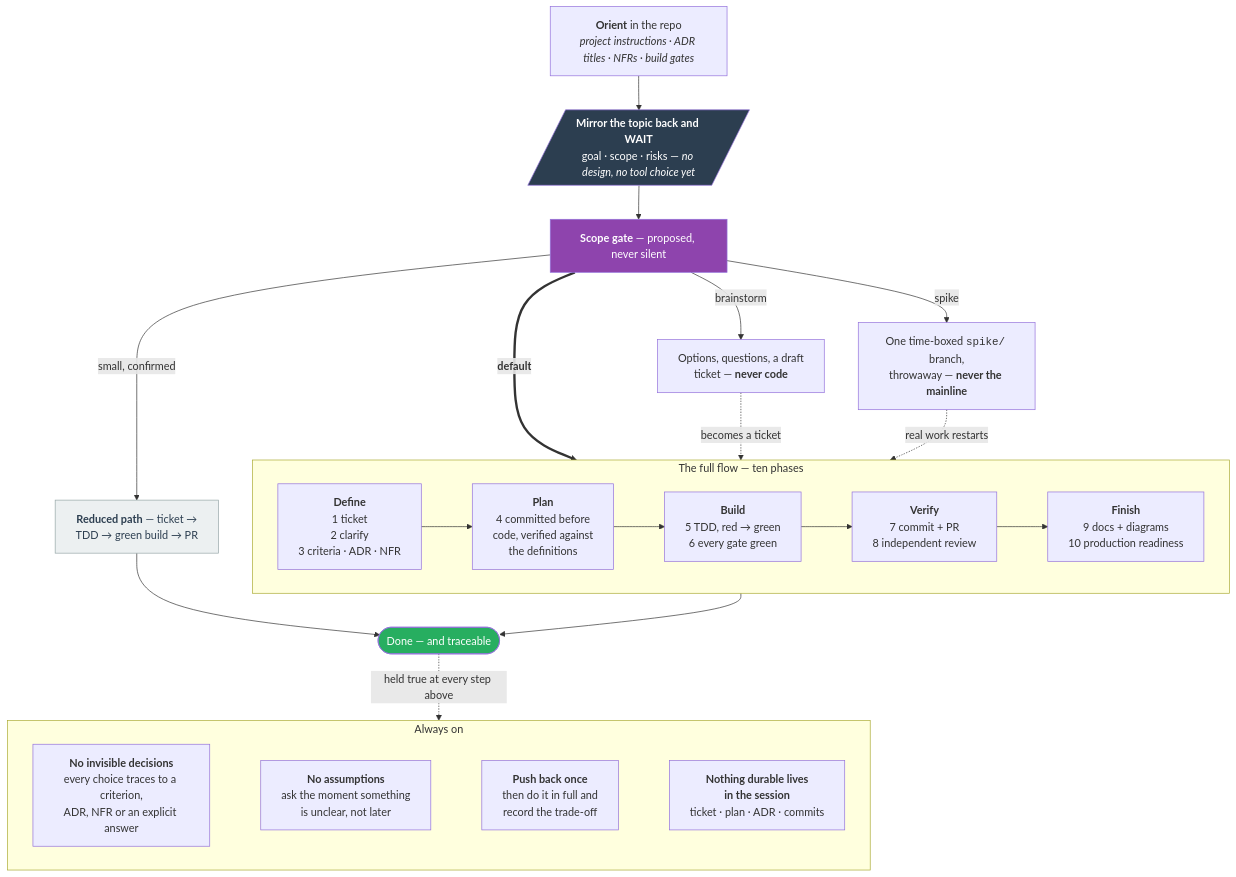
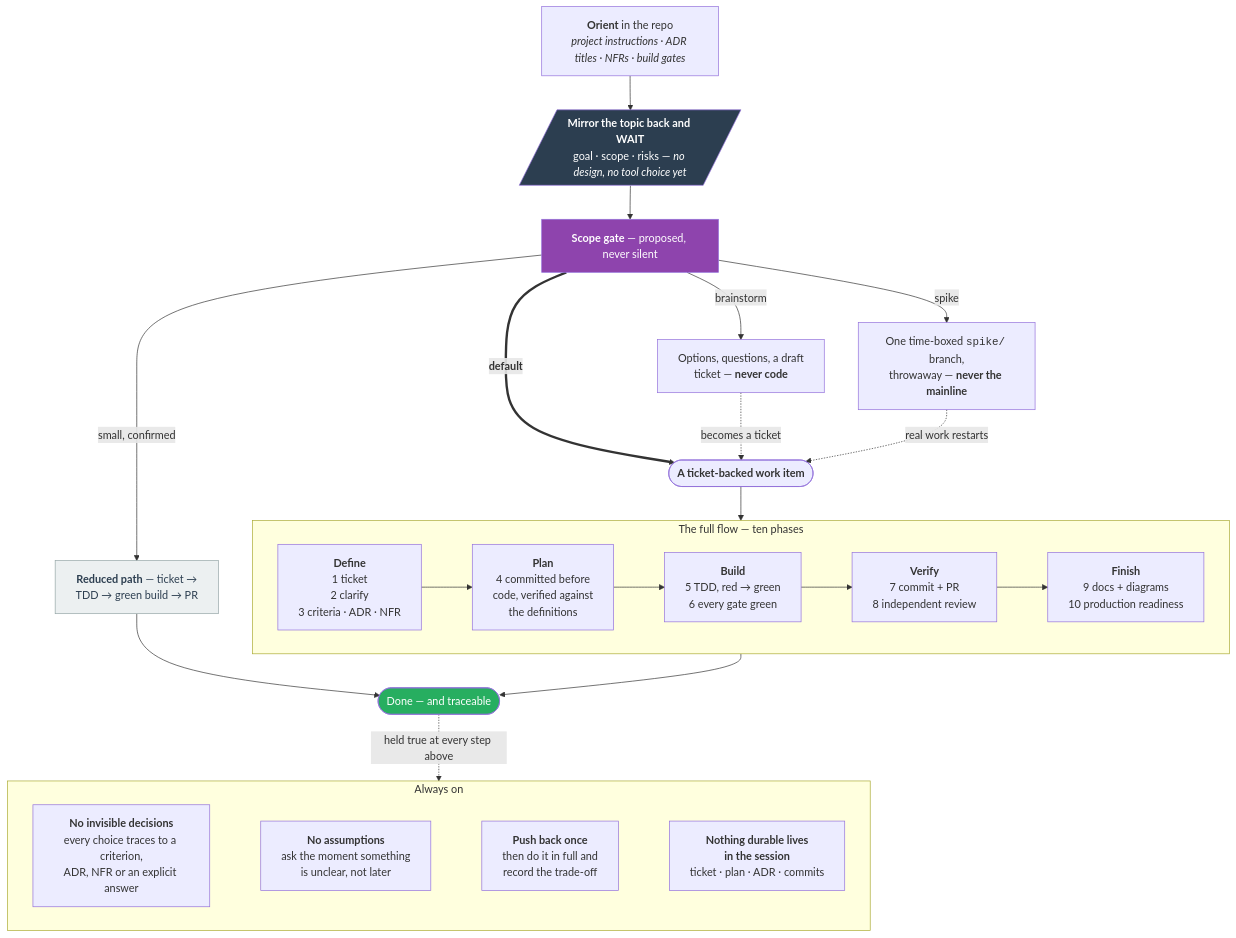
The first of 11 diagrams in docs/delivery-flow.md (os890/skill_disciplined-delivery), drawn with Mermaid before and after one commit. The commit also changed 7 other files, not shown here.

````diff
--- a/docs/delivery-flow.md
+++ b/docs/delivery-flow.md
@@ -20,37 +20,39 @@
 ```mermaid
 flowchart TB
     OR["<b>Orient</b> in the repo<br/><i>project instructions · ADR titles · NFRs · build gates</i>"]
     OR --> MI[/"<b>Mirror the topic back and WAIT</b><br/>goal · scope · risks — <i>no design, no tool choice yet</i>"/]
     MI --> SG["<b>Scope gate</b> — proposed, never silent"]
 
     SG -->|brainstorm| EX["Options, questions, a draft<br/>ticket — <b>never code</b>"]
     SG -->|spike| SP["One time-boxed <code>spike/</code> branch,<br/>throwaway — <b>never the mainline</b>"]
     SG -->|"small, confirmed"| RP["<b>Reduced path</b> — ticket →<br/>TDD → green build → PR"]
-    SG ==>|"<b>default</b>"| DEF
+    SG ==>|"<b>default</b>"| HUB
 
-    EX -.->|"becomes a ticket"| DEF
-    SP -.->|"real work restarts"| DEF
+    EX -.->|"becomes a ticket"| HUB
+    SP -.->|"real work restarts"| HUB
+
+    HUB(["<b>A ticket-backed work item</b>"]) --> DEF
 
     subgraph FULL["The full flow — ten phases"]
         direction LR
         DEF["<b>Define</b><br/>1 ticket<br/>2 clarify<br/>3 criteria · ADR · NFR"] --> PLN["<b>Plan</b><br/>4 committed before<br/>code, verified against<br/>the definitions"] --> BLD["<b>Build</b><br/>5 TDD, red → green<br/>6 every gate green"] --> VER["<b>Verify</b><br/>7 commit + PR<br/>8 independent review"] --> FIN["<b>Finish</b><br/>9 docs + diagrams<br/>10 production readiness"]
     end
 
     FIN --> DONE(["Done — and traceable"])
     RP --> DONE
     DONE -.->|"held true at every step above"| ALWAYS
 
     subgraph ALWAYS["Always on"]
         direction LR
         R1["<b>No invisible decisions</b><br/>every choice traces to a criterion,<br/>ADR, NFR or an explicit answer"]
         R2["<b>No assumptions</b><br/>ask the moment something<br/>is unclear, not later"]
         R3["<b>Push back once</b><br/>then do it in full and<br/>record the trade-off"]
         R4["<b>Nothing durable lives<br/>in the session</b><br/>ticket · plan · ADR · commits"]
         R1 ~~~ R2 ~~~ R3 ~~~ R4
     end
 
     style MI fill:#2c3e50,color:#fff
     style SG fill:#8e44ad,color:#fff
     style DONE fill:#27ae60,color:#fff
     style RP fill:#ecf0f1,stroke:#95a5a6,color:#2c3e50
 ```
````
